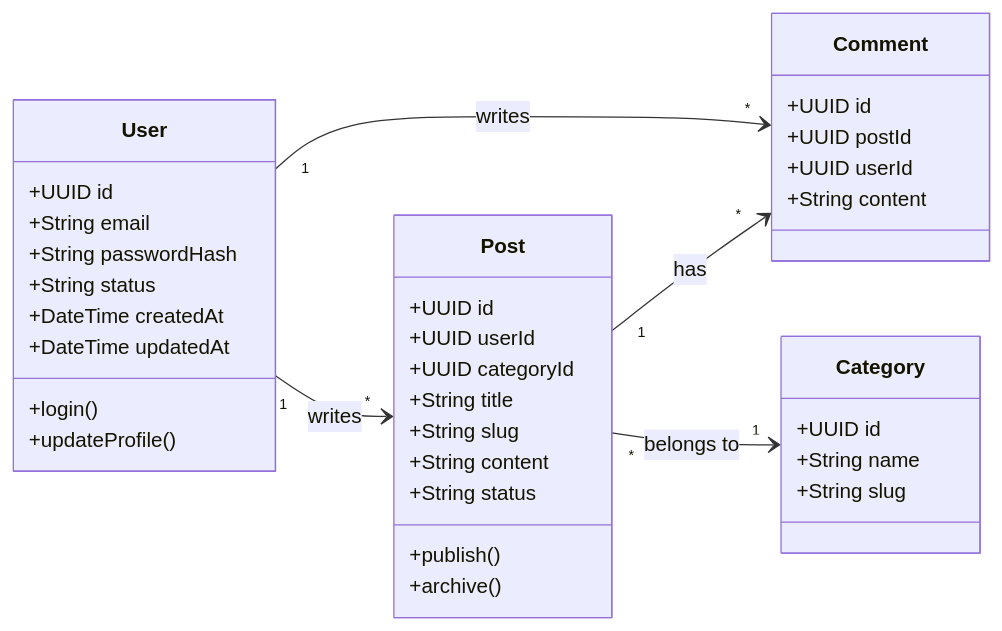
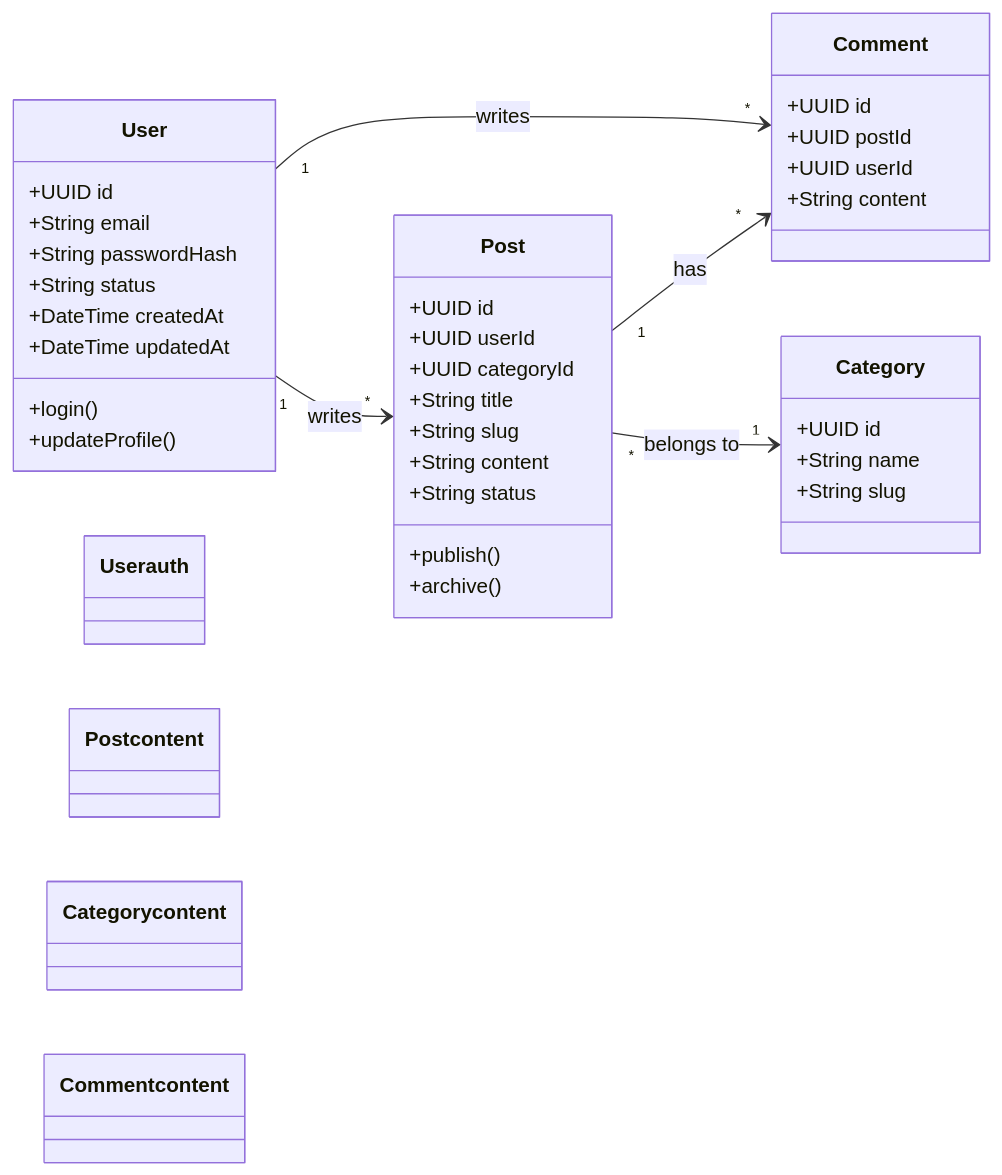
The fifth of 15 diagrams in .agents/skills/backend-visualize/SKILL.md (codeworksID/everything-backend), drawn with Mermaid before and after one commit. The commit also changed other lines of this file, not shown here.

Commit message:
fixed backedn visualize with mermaid

````diff
--- a/.agents/skills/backend-visualize/SKILL.md
+++ b/.agents/skills/backend-visualize/SKILL.md
@@ -190,45 +205,55 @@
 ```mermaid
 classDiagram
     direction LR
 
     class User {
         +UUID id
         +String email
         +String passwordHash
         +String status
         +DateTime createdAt
         +DateTime updatedAt
         +login()
         +updateProfile()
     }
 
     class Post {
         +UUID id
         +UUID userId
         +UUID categoryId
         +String title
         +String slug
         +String content
         +String status
         +publish()
         +archive()
     }
 
     class Category {
         +UUID id
         +String name
         +String slug
     }
 
     class Comment {
         +UUID id
         +UUID postId
         +UUID userId
         +String content
     }
 
     User "1" --> "*" Post : writes
     User "1" --> "*" Comment : writes
     Post "1" --> "*" Comment : has
     Post "*" --> "1" Category : belongs to
+
+    %% Per-group classDefs (semantic, not shape-based)
+    %% NOTE: classDiagram requires NO semicolons AND one class assignment per line.
+    classDef auth fill:#f3e5f5,stroke:#6a1b9a,stroke-width:2px,color:#000
+    classDef content fill:#e1f5fe,stroke:#01579b,stroke-width:2px,color:#000
+
+    class User auth
+    class Post content
+    class Category content
+    class Comment content
 ```
````
